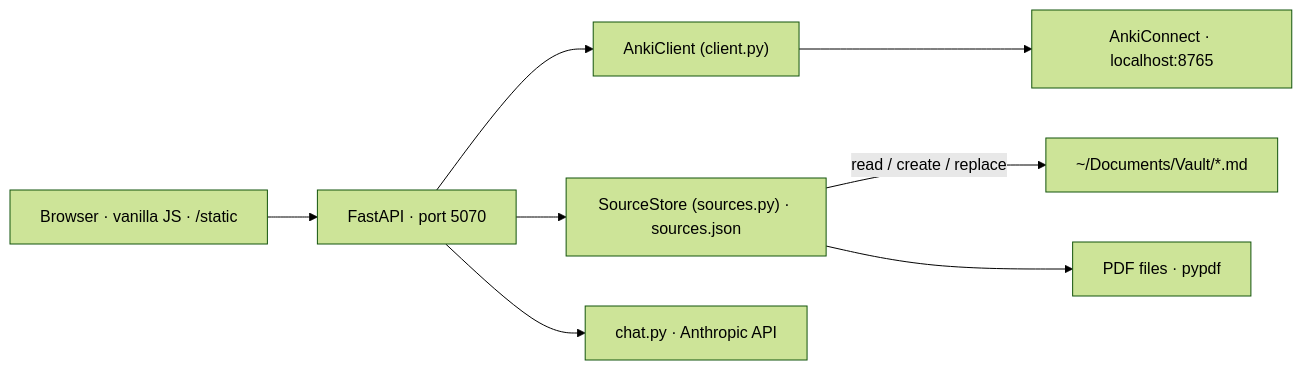
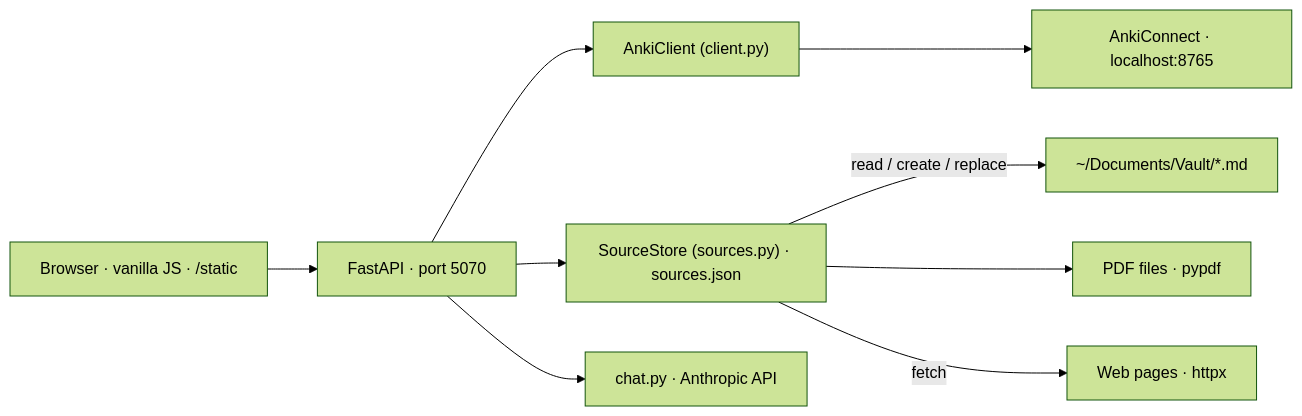
One commit to Vaillus/anki_assistant changed the diagram in specs/00-overview.md. Above: the diagram before and after it, drawn with Mermaid (forest theme). The commit also changed other lines of this file and 18 other files, not shown here.

First line of the commit message:
feat(sources): open the corpus to the web — search, citations, web sources (#2)

````diff
--- a/specs/00-overview.md
+++ b/specs/00-overview.md
@@ -24,9 +24,10 @@
 ```mermaid
 graph LR
     UI["Browser · vanilla JS · /static"] --> API["FastAPI · port 5070"]
     API --> Client["AnkiClient (client.py)"] --> AC["AnkiConnect · localhost:8765"]
     API --> Sources["SourceStore (sources.py) · sources.json"]
     Sources -- read / create / replace --> Vault["~/Documents/Vault/*.md"]
     Sources --> PDF["PDF files · pypdf"]
+    Sources -- fetch --> Web["Web pages · httpx"]
     API --> Chat["chat.py · Anthropic API"]
 ```
````
